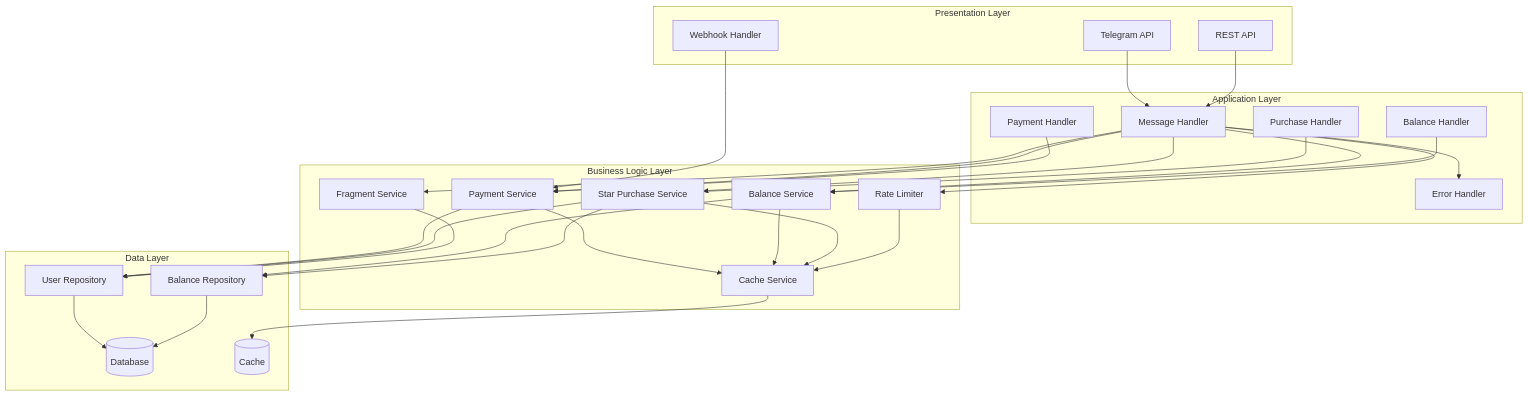
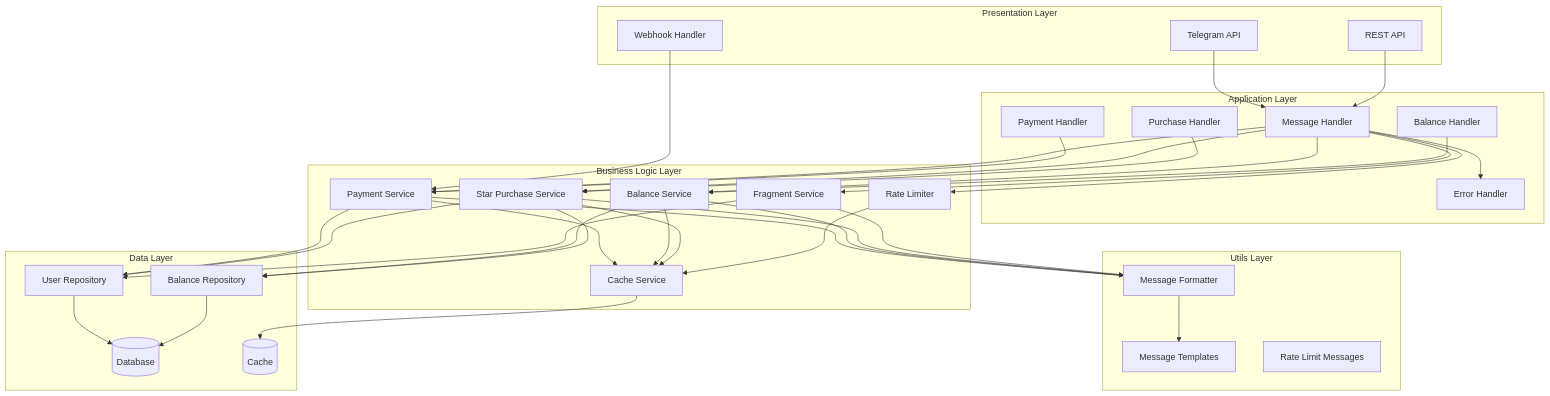
One commit to neKamita/Mirza-Telegram-Shop-Bot changed the first of 16 diagrams in docs/ARCHITECTURE.md. Above: the diagram before and after it, drawn with Mermaid. The commit also changed other lines of this file and 76 other files, not shown here.

````diff
--- a/docs/ARCHITECTURE.md
+++ b/docs/ARCHITECTURE.md
@@ -16,62 +18,74 @@
 ```mermaid
 graph TB
     subgraph "Presentation Layer"
         TG[Telegram API]
         REST[REST API]
         WEBHOOK[Webhook Handler]
     end
 
     subgraph "Application Layer"
         MH[Message Handler]
         PH[Payment Handler]
         PuH[Purchase Handler]
         BalH[Balance Handler]
         EH[Error Handler]
     end
 
     subgraph "Business Logic Layer"
         PS[Payment Service]
         BS[Balance Service]
         SPS[Star Purchase Service]
         FS[Fragment Service]
         RL[Rate Limiter]
         CS[Cache Service]
     end
 
+    subgraph "Utils Layer"
+        MF[Message Formatter]
+        MT[Message Templates]
+        RM[Rate Limit Messages]
+    end
+
     subgraph "Data Layer"
         UR[User Repository]
         BR[Balance Repository]
         DB[(Database)]
         CACHE[(Cache)]
     end
 
     TG --> MH
     REST --> MH
     WEBHOOK --> PS
-    
+
     MH --> PS
     MH --> BS
     MH --> SPS
     MH --> FS
     MH --> RL
     MH --> EH
-    
+
     PH --> PS
     PuH --> SPS
     BalH --> BS
-    
+
     PS --> UR
     BS --> BR
     SPS --> UR
     SPS --> BR
     FS --> UR
-    
+
+    PS --> MF
+    BS --> MF
+    SPS --> MF
+    FS --> MF
+    MF --> MT
+
     UR --> DB
     BR --> DB
     CS --> CACHE
-    
+
     PS --> CS
     BS --> CS
     SPS --> CS
     RL --> CS
 ```
````
